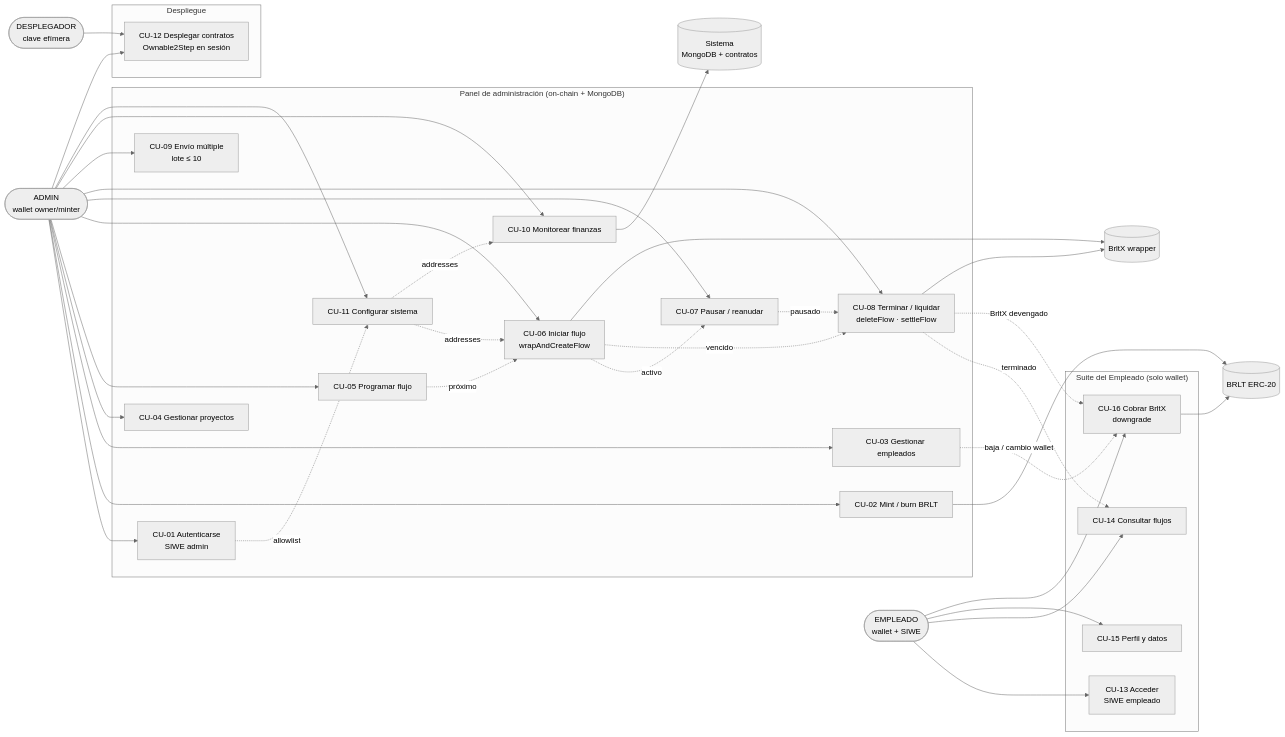
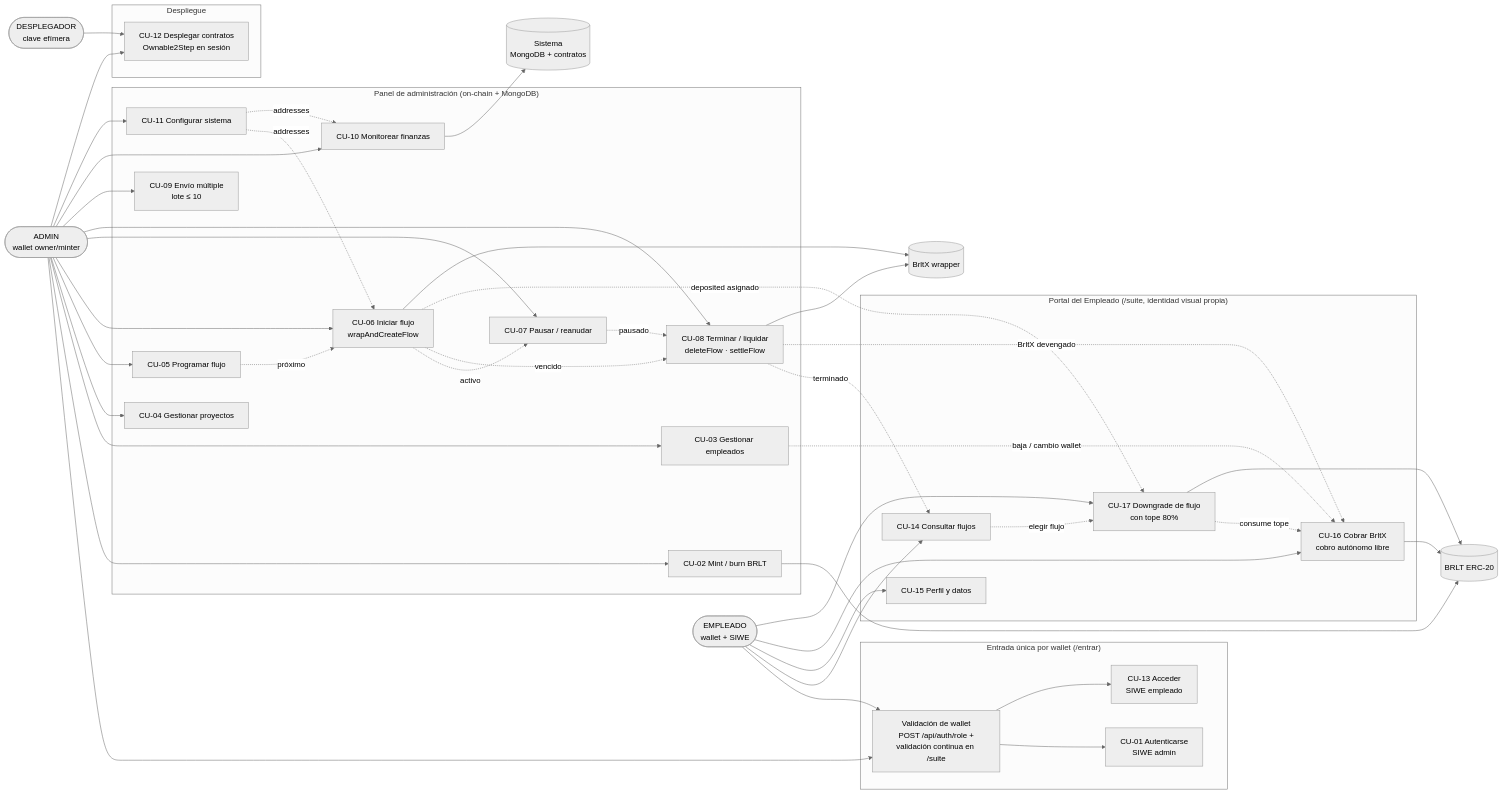
The diagram in RepoTecnico/casos_uso/01_diagrama_casos_uso.md (anlucorporations/superfluid), drawn with Mermaid (neutral theme) before and after one commit. The commit also changed other lines of this file and 64 other files, not shown here.

First line of the commit message:
Manuales y casos de uso: Portal del Empleado, validacion de wallet y downgrade tope 80% (CU-17)

````diff
--- a/RepoTecnico/casos_uso/01_diagrama_casos_uso.md
+++ b/RepoTecnico/casos_uso/01_diagrama_casos_uso.md
@@ -6,69 +8,81 @@
 ```mermaid
 flowchart LR
     ADMIN([ADMIN<br/>wallet owner/minter])
     EMP([EMPLEADO<br/>wallet + SIWE])
     DEP([DESPLEGADOR<br/>clave efímera])
     SYS[(Sistema<br/>MongoDB + contratos)]
 
+    subgraph ENTRADA["Entrada única por wallet (/entrar)"]
+        CU01[CU-01 Autenticarse<br/>SIWE admin]
+        CU13[CU-13 Acceder<br/>SIWE empleado]
+        WVAL[Validación de wallet<br/>POST /api/auth/role +<br/>validación continua en /suite]
+    end
+
     subgraph PANEL["Panel de administración (on-chain + MongoDB)"]
-        CU01[CU-01 Autenticarse<br/>SIWE admin]
         CU02[CU-02 Mint / burn BRLT]
         CU03[CU-03 Gestionar empleados]
         CU04[CU-04 Gestionar proyectos]
         CU05[CU-05 Programar flujo]
         CU06[CU-06 Iniciar flujo<br/>wrapAndCreateFlow]
         CU07[CU-07 Pausar / reanudar]
         CU08[CU-08 Terminar / liquidar<br/>deleteFlow · settleFlow]
         CU09[CU-09 Envío múltiple<br/>lote ≤ 10]
         CU10[CU-10 Monitorear finanzas]
         CU11[CU-11 Configurar sistema]
     end
 
-    subgraph SUITE["Suite del Empleado (solo wallet)"]
-        CU13[CU-13 Acceder<br/>SIWE empleado]
+    subgraph SUITE["Portal del Empleado (/suite, identidad visual propia)"]
         CU14[CU-14 Consultar flujos]
         CU15[CU-15 Perfil y datos]
-        CU16[CU-16 Cobrar BrltX<br/>downgrade]
+        CU16[CU-16 Cobrar BrltX<br/>cobro autónomo libre]
+        CU17[CU-17 Downgrade de flujo<br/>con tope 80%]
     end
 
     subgraph DEPLOY["Despliegue"]
         CU12[CU-12 Desplegar contratos<br/>Ownable2Step en sesión]
     end
 
-    ADMIN --> CU01
+    ADMIN --> WVAL
+    EMP --> WVAL
+    WVAL --> CU01
+    WVAL --> CU13
+
     ADMIN --> CU02
     ADMIN --> CU03
     ADMIN --> CU04
     ADMIN --> CU05
     ADMIN --> CU06
     ADMIN --> CU07
     ADMIN --> CU08
     ADMIN --> CU09
     ADMIN --> CU10
     ADMIN --> CU11
 
-    EMP --> CU13
     EMP --> CU14
     EMP --> CU15
     EMP --> CU16
+    EMP --> CU17
 
     DEP --> CU12
     ADMIN --> CU12
 
     CU05 -.->|próximo| CU06
     CU06 -.->|activo| CU07
     CU07 -.->|pausado| CU08
     CU06 -.->|vencido| CU08
     CU08 -.->|terminado| CU14
     CU08 -.->|BrltX devengado| CU16
     CU11 -.->|addresses| CU06
     CU11 -.->|addresses| CU10
-    CU01 -.->|allowlist| CU11
     CU03 -.->|baja / cambio wallet| CU16
+    CU06 -.->|deposited asignado| CU17
+    CU14 -.->|elegir flujo| CU17
+    CU17 -.->|consume tope| CU16
 
     CU02 --> BRLT[(BRLT ERC-20)]
     CU06 --> BRLTX[(BrltX wrapper)]
     CU16 --> BRLT
+    CU17 --> BRLT
     CU08 --> BRLTX
     CU10 --> SYS
 ```
````
